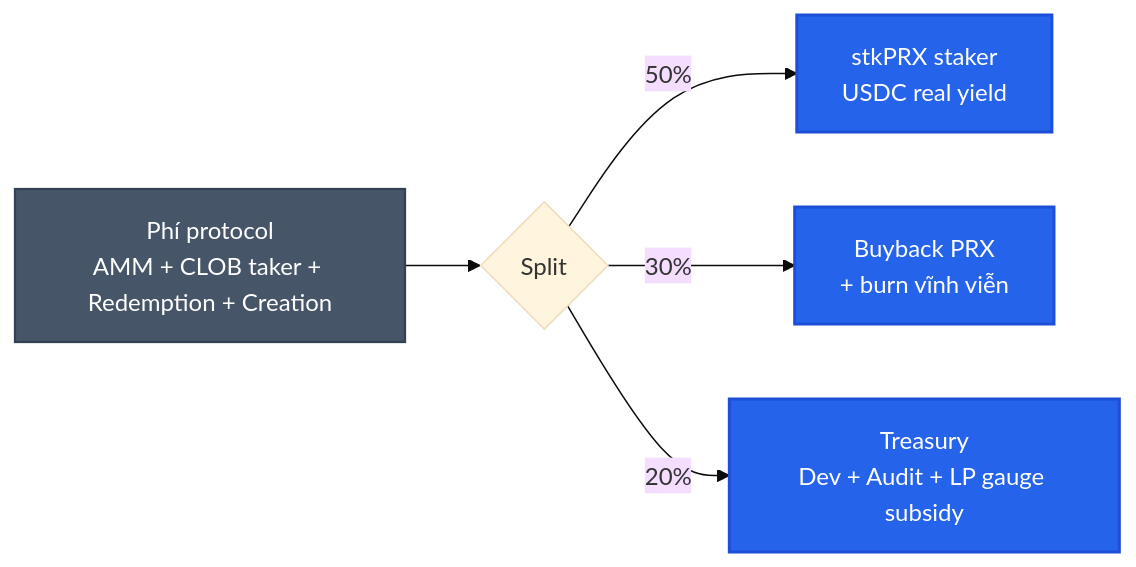
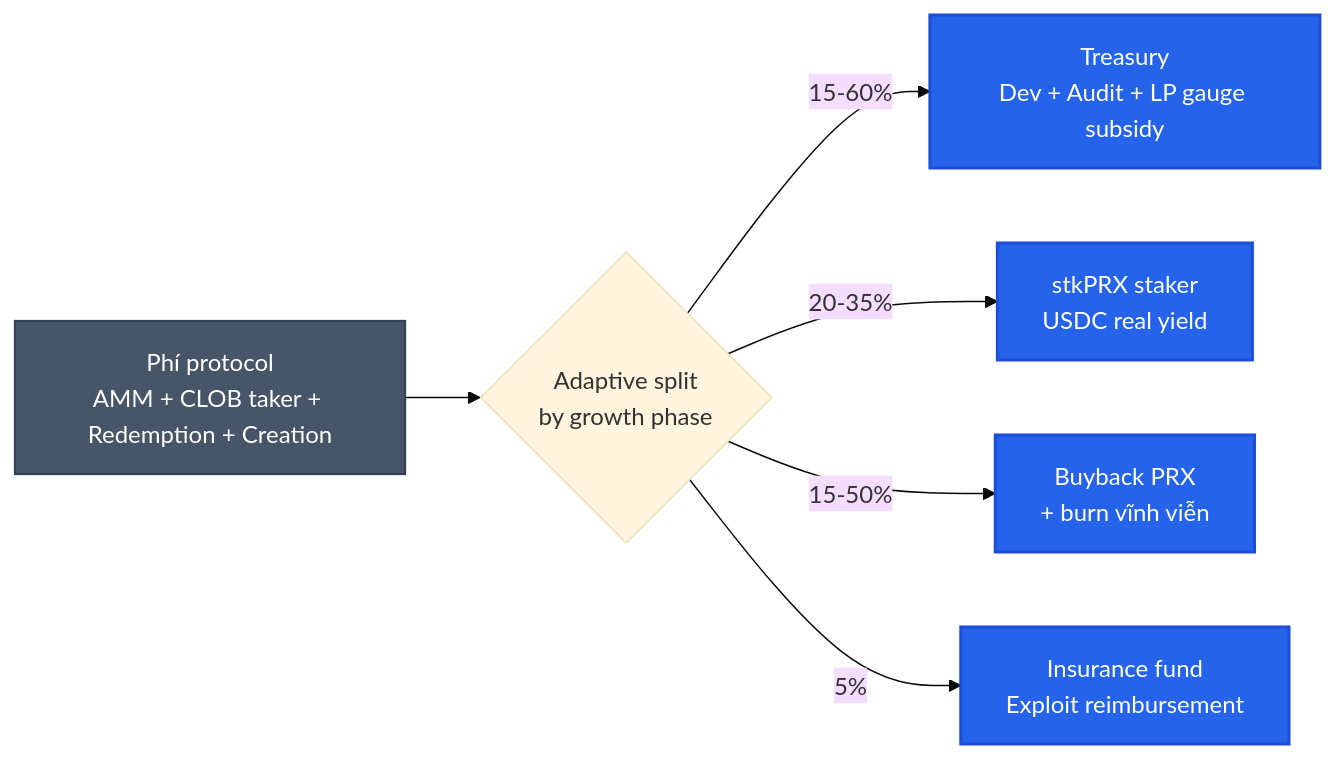
One commit to PrediX-Protocol/predix-docs changed the second of 2 diagrams in vi_v6/kinh-te/README.md. Above: the diagram before and after it, drawn with Mermaid (base theme). The commit also changed other lines of this file and 11 other files, not shown here.

````diff
--- a/vi_v6/kinh-te/README.md
+++ b/vi_v6/kinh-te/README.md
@@ -54,12 +91,13 @@
 ```mermaid
 flowchart LR
-    Source[Phí protocol<br/>AMM + CLOB taker + Redemption + Creation] --> Split{Split}
-    Split -->|50%| Staker[stkPRX staker<br/>USDC real yield]
-    Split -->|30%| BB[Buyback PRX<br/>+ burn vĩnh viễn]
-    Split -->|20%| Treasury[Treasury<br/>Dev + Audit + LP gauge subsidy]
+    Source[Phí protocol<br/>AMM + CLOB taker + Redemption + Creation] --> Split{Adaptive split<br/>by growth phase}
+    Split -->|15-60%| Treasury[Treasury<br/>Dev + Audit + LP gauge subsidy]
+    Split -->|20-35%| Staker[stkPRX staker<br/>USDC real yield]
+    Split -->|15-50%| BB[Buyback PRX<br/>+ burn vĩnh viễn]
+    Split -->|5%| Insurance[Insurance fund<br/>Exploit reimbursement]
 
     classDef src fill:#475569,stroke:#334155,color:#fff,stroke-width:1.5px
     classDef sink fill:#2563eb,stroke:#1d4ed8,color:#fff,stroke-width:2px
     class Source src
-    class Staker,BB,Treasury sink
+    class Treasury,Staker,BB,Insurance sink
 ```
````
